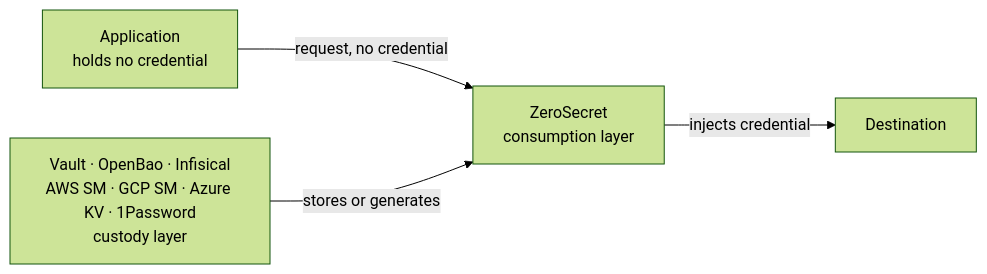
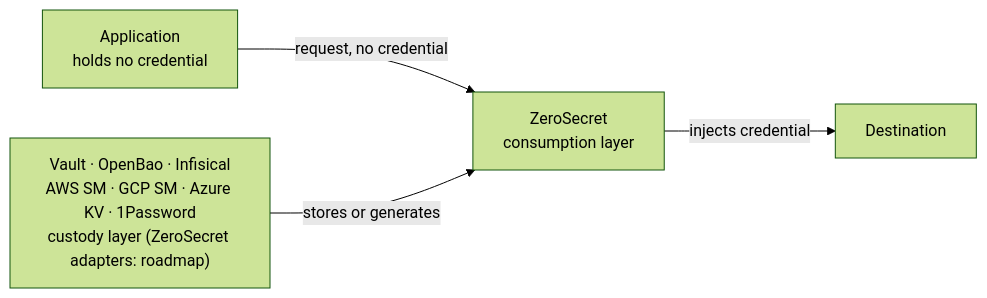
Before and after one commit to pewh/zerosecret-engine: the diagram in docs/PRODUCT.md, drawn with Mermaid (forest theme). The commit also changed other lines of this file and 60 other files, not shown here.

````diff
--- a/docs/PRODUCT.md
+++ b/docs/PRODUCT.md
@@ -48,11 +48,11 @@
 ```mermaid
 flowchart LR
     A["Application<br/>holds no credential"]
-    V["Vault · OpenBao · Infisical<br/>AWS SM · GCP SM · Azure KV · 1Password<br/>custody layer"]
+    V["Vault · OpenBao · Infisical<br/>AWS SM · GCP SM · Azure KV · 1Password<br/>custody layer (ZeroSecret adapters: roadmap)"]
     Z["ZeroSecret<br/>consumption layer"]
     D["Destination"]
 
     A -->|request, no credential| Z
     V -->|stores or generates| Z
     Z -->|injects credential| D
 ```
````
